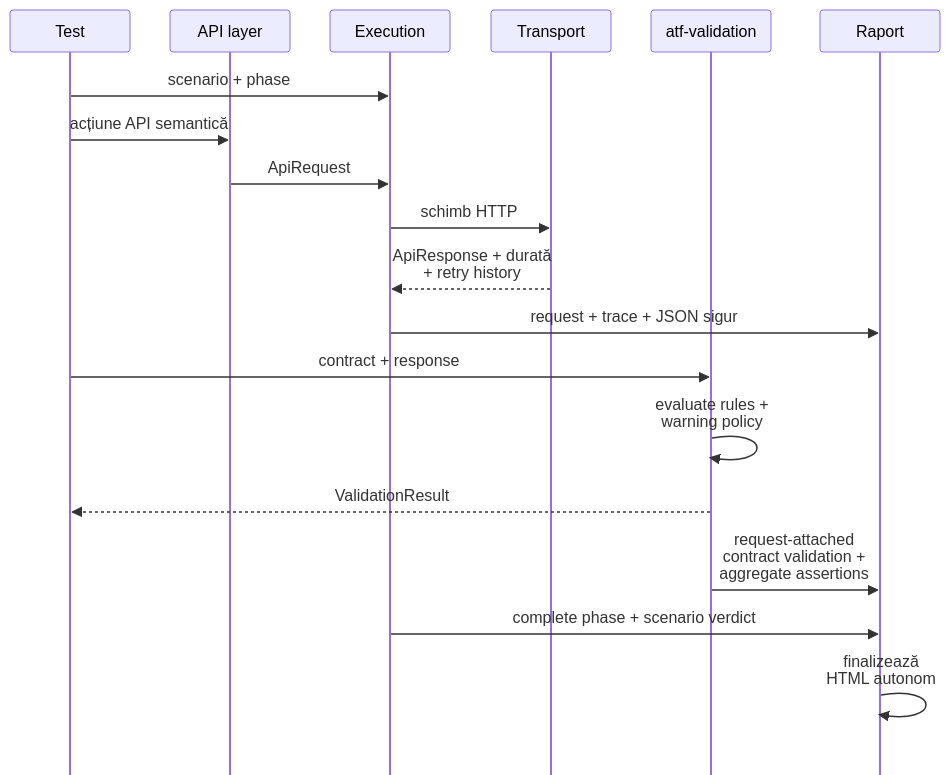
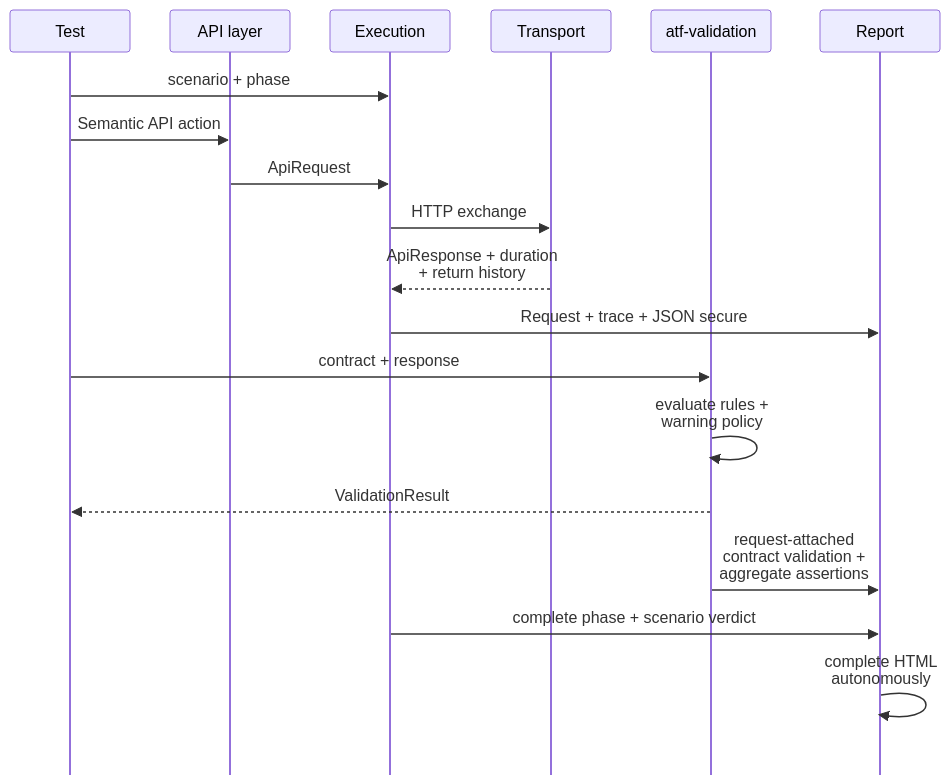
Before and after one commit to crististefanita/atf_j0: the fifth of 12 diagrams in docs/ATF_Architecture.md, drawn with Mermaid. The commit also changed other lines of this file and 113 other files, not shown here.

````diff
--- a/docs/ATF_Architecture.md
+++ b/docs/ATF_Architecture.md
@@ -353,23 +327,23 @@
 ```mermaid
 %%{init: {"themeVariables":{"fontSize":"15px","actorFontSize":"15px","messageFontSize":"12px","noteFontSize":"12px"},"themeCSS":".actor { font-size: 15px !important; } .messageText, .labelText, .loopText, .noteText { font-size: 12px !important; }","sequence":{"actorFontSize":15,"messageFontSize":12,"noteFontSize":12,"width":120,"height":42,"actorMargin":40,"messageMargin":24,"mirrorActors":false,"wrap":true,"wrapPadding":6}}}%%
 sequenceDiagram
     participant T as Test
     participant M as API layer
     participant E as Execution
     participant H as Transport
     participant V as atf-validation
-    participant R as Raport
+    participant R as Report
 
     T->>E: scenario + phase
-    T->>M: acțiune API semantică
+    T->>M: Semantic API action
     M->>E: ApiRequest
-    E->>H: schimb HTTP
-    H-->>E: ApiResponse + durată + retry history
-    E->>R: request + trace + JSON sigur
+    E->>H: HTTP exchange
+    H-->>E: ApiResponse + duration + return history
+    E->>R: Request + trace + JSON secure
     T->>V: contract + response
     V->>V: evaluate rules + warning policy
     V-->>T: ValidationResult
     V->>R: request-attached contract validation + aggregate assertions
     E->>R: complete phase + scenario verdict
-    R->>R: finalizează HTML autonom
+    R->>R: complete HTML autonomously
 ```
````
